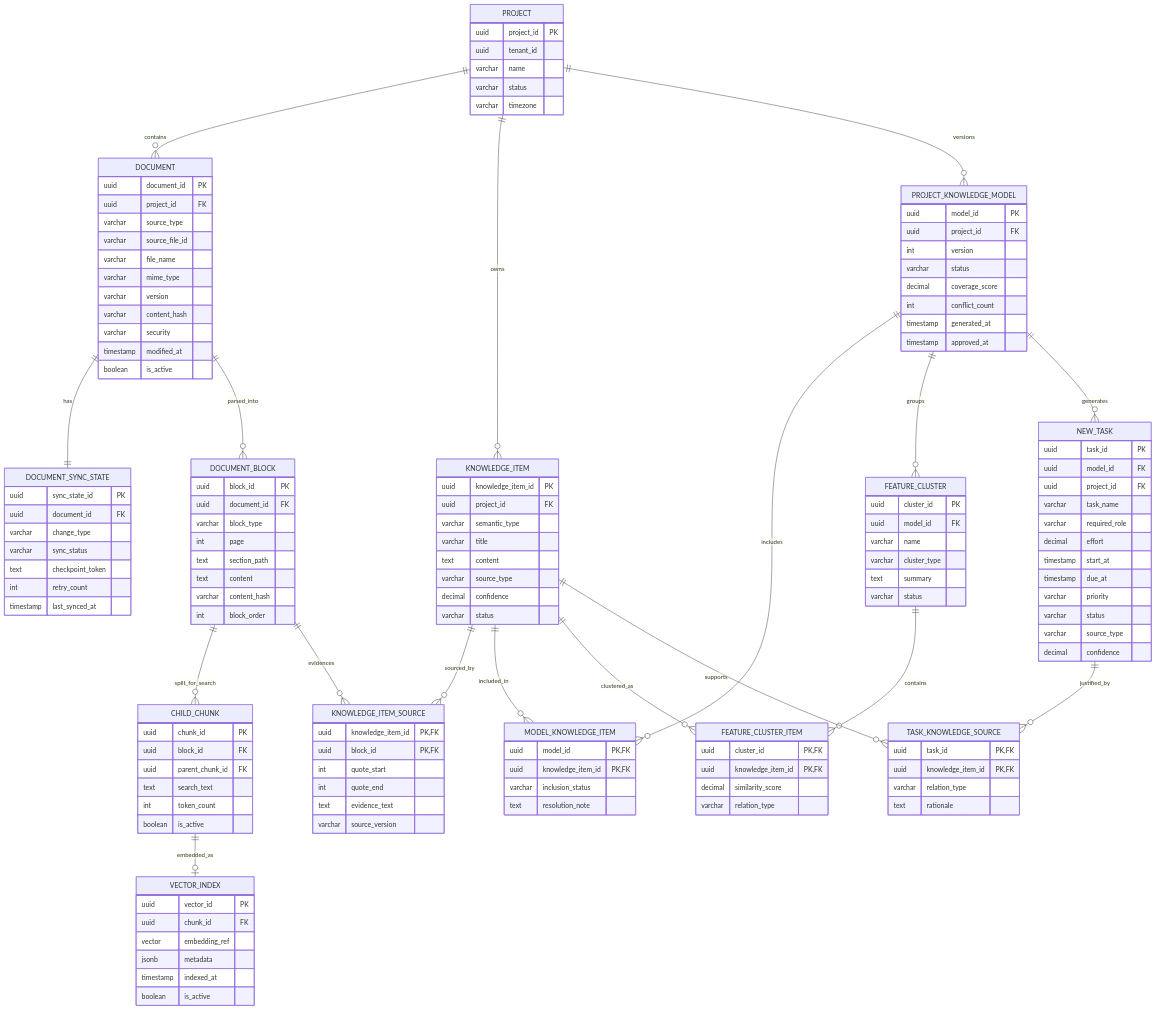
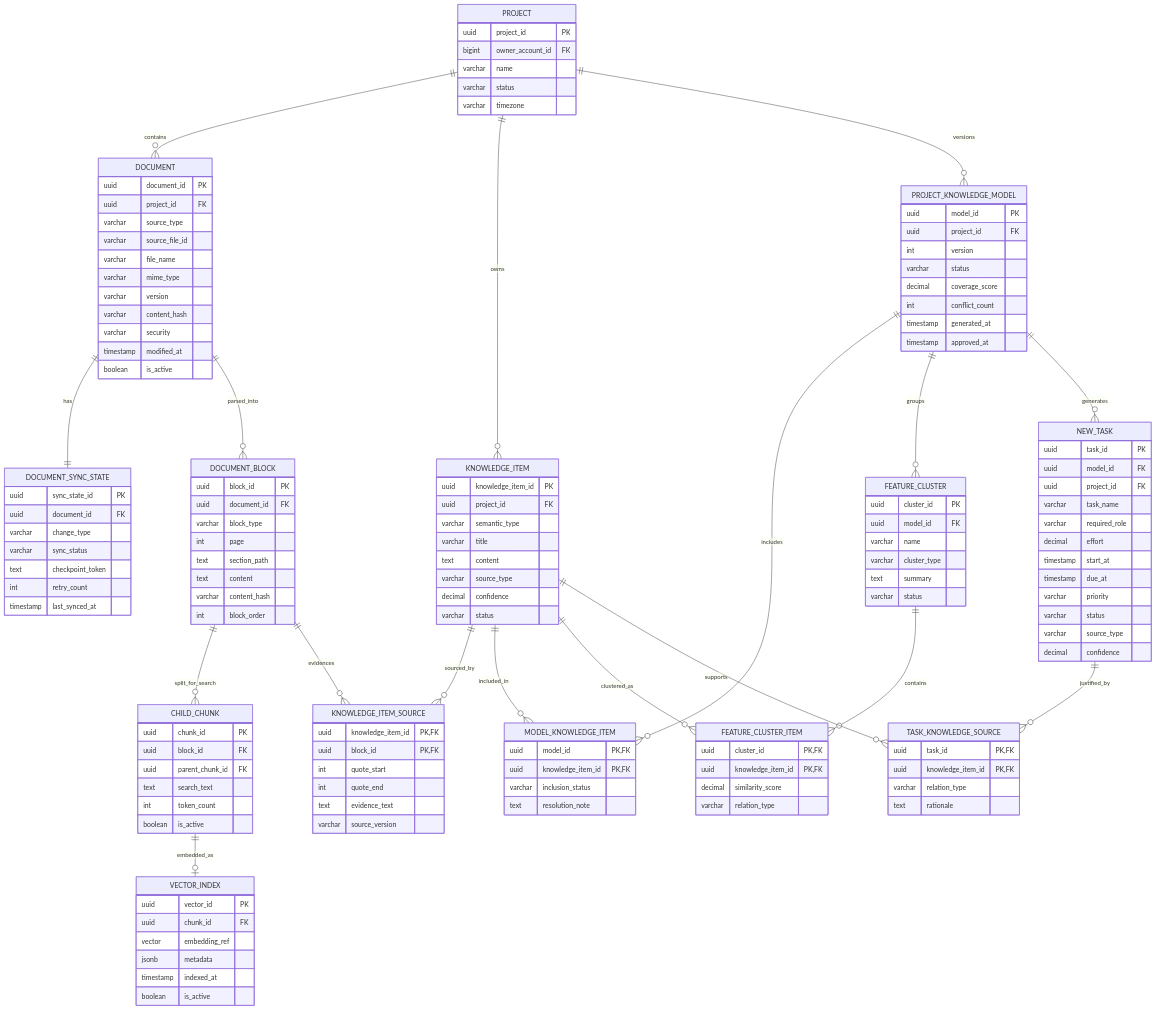
One commit to SKNETWORKS-FAMILY-AICAMP/SKN29-FINAL-2TEAM changed the first of 4 diagrams in docs/2_데이터모델/6. ERD.md. Above: the diagram before and after it, drawn with Mermaid. The commit also changed other lines of this file and 11 other files, not shown here.

```diff
--- a/docs/2_데이터모델/6. ERD.md
+++ b/docs/2_데이터모델/6. ERD.md
@@ -32,7 +33,7 @@
 
     PROJECT {
         uuid project_id PK
-        uuid tenant_id
+        bigint owner_account_id FK
         varchar name
         varchar status
         varchar timezone
```
